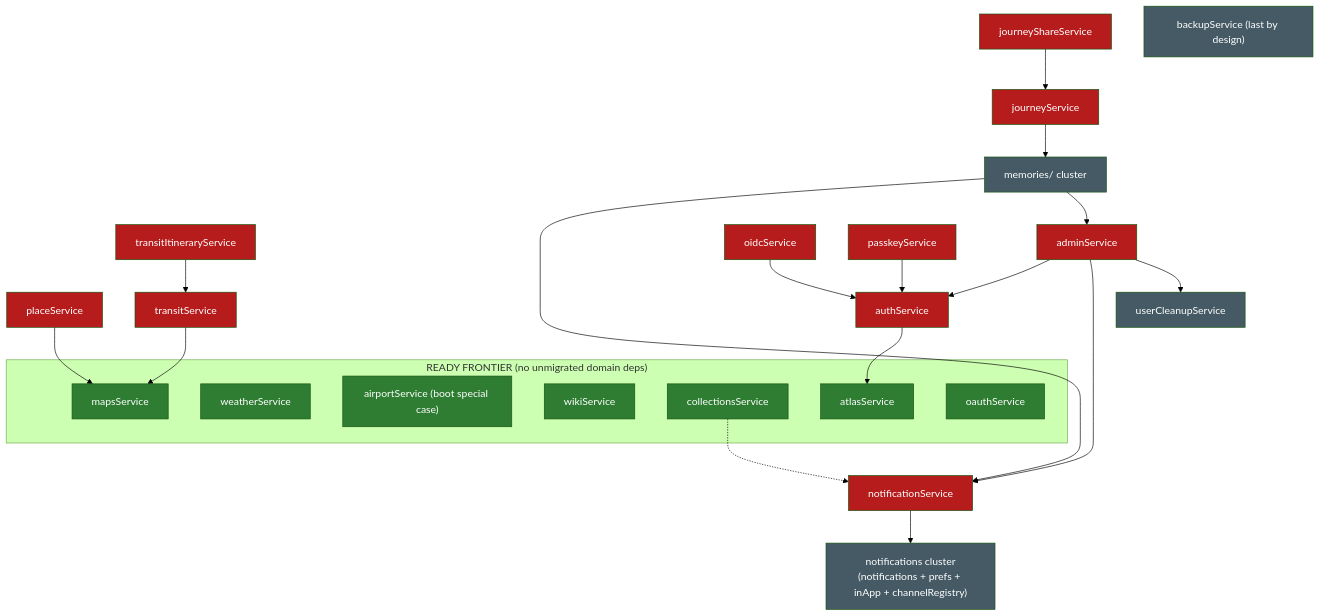
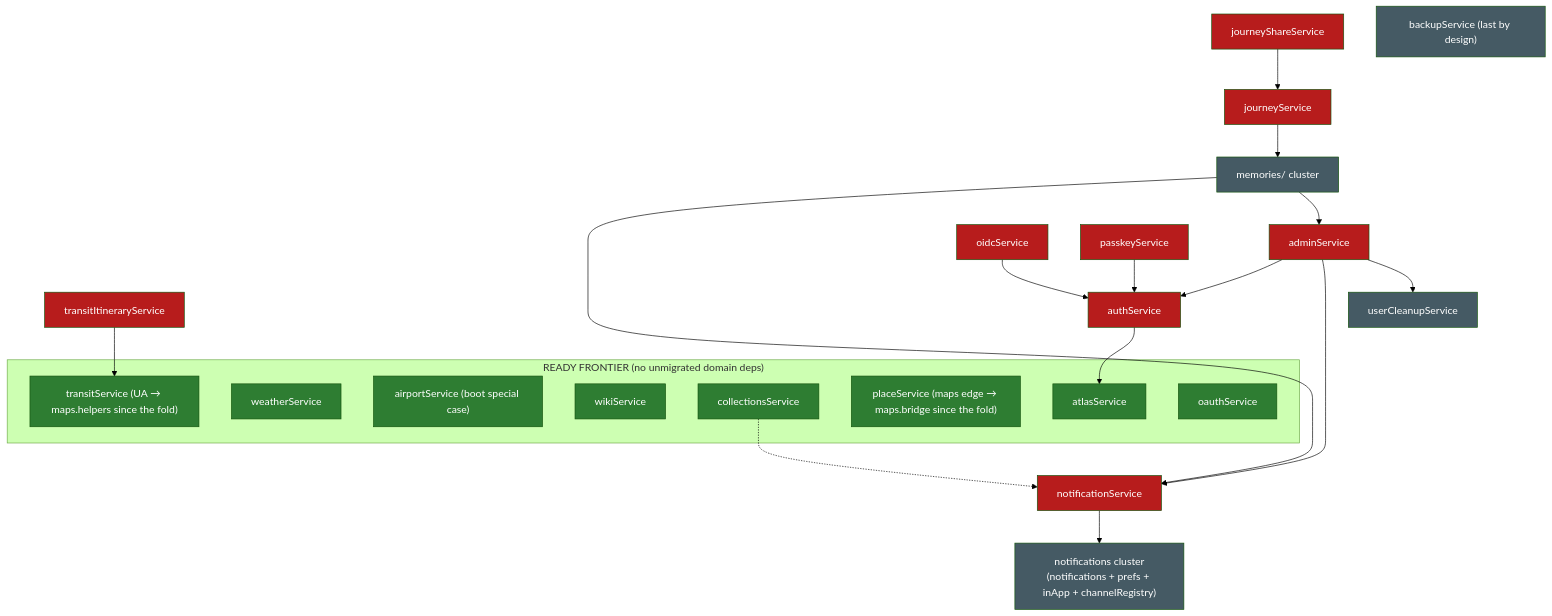
One commit to BeInLife/TREK changed the diagram in migration-graph.md. Above: the diagram before and after it, drawn with Mermaid (forest theme). The commit also changed other lines of this file, not shown here.

Commit message:
docs: regenerate the legacy-services dependency graph after the maps fold

````diff
--- a/migration-graph.md
+++ b/migration-graph.md
@@ -81,45 +95,42 @@
 ```mermaid
 flowchart TD
   classDef ready fill:#2e7d32,color:#fff
   classDef blocked fill:#b71c1c,color:#fff
   classDef hub fill:#e65100,color:#fff
   classDef infra fill:#455a64,color:#fff
 
   subgraph frontier["READY FRONTIER (no unmigrated domain deps)"]
     atlas[atlasService]:::ready
     weather[weatherService]:::ready
     airport["airportService (boot special case)"]:::ready
     wiki[wikiService]:::ready
     collections[collectionsService]:::ready
-    maps[mapsService]:::ready
+    place["placeService (maps edge → maps.bridge since the fold)"]:::ready
+    transit["transitService (UA → maps.helpers since the fold)"]:::ready
     oauth[oauthService]:::ready
   end
 
-  place[placeService]:::blocked
   notifSvc[notificationService]:::blocked
-  transit[transitService]:::blocked
   transitItin[transitItineraryService]:::blocked
   admin[adminService]:::blocked
   auth[authService]:::blocked
   oidc[oidcService]:::blocked
   passkey[passkeyService]:::blocked
   journey[journeyService]:::blocked
   journeyShare[journeyShareService]:::blocked
   backup["backupService (last by design)"]:::infra
   notifCluster["notifications cluster<br/>(notifications + prefs + inApp + channelRegistry)"]:::infra
   memories["memories/ cluster"]:::infra
   cleanup[userCleanupService]:::infra
 
   collections -.-> notifSvc
-  place --> maps
-  transit --> maps
   transitItin --> transit
   notifSvc --> notifCluster
   admin --> auth & notifSvc & cleanup
   auth --> atlas
   oidc --> auth
   passkey --> auth
   journey --> memories
   journeyShare --> journey
   memories --> notifSvc & admin
 ```
````
